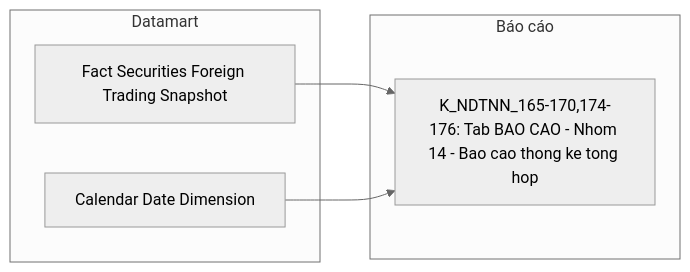
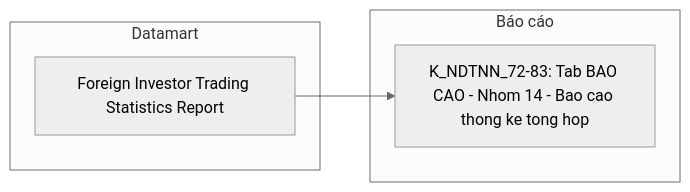
One commit to linhlvit/ubck_atomic_design changed diagram 23 of 26 in Datamart/hld/DTM_NDTNN_HLD.md. Above: the diagram before and after it, drawn with Mermaid (neutral theme). The commit also changed other lines of this file and 62 other files, not shown here.

````diff
--- a/Datamart/hld/DTM_NDTNN_HLD.md
+++ b/Datamart/hld/DTM_NDTNN_HLD.md
@@ -1121,12 +1075,10 @@
 ```mermaid
 flowchart LR
     subgraph Datamart["Datamart"]
-        G1["Fact Securities Foreign Trading Snapshot"]
-        G2["Calendar Date Dimension"]
+        G1["Foreign Investor Trading Statistics Report"]
     end
     subgraph RPT["Báo cáo"]
-        R1["K_NDTNN_165-170,174-176: Tab BAO CAO - Nhom 14 - Bao cao thong ke tong hop"]
+        R1["K_NDTNN_72-83: Tab BAO CAO - Nhom 14 - Bao cao thong ke tong hop"]
     end
     G1 --> R1
-    G2 --> R1
 ```
````
